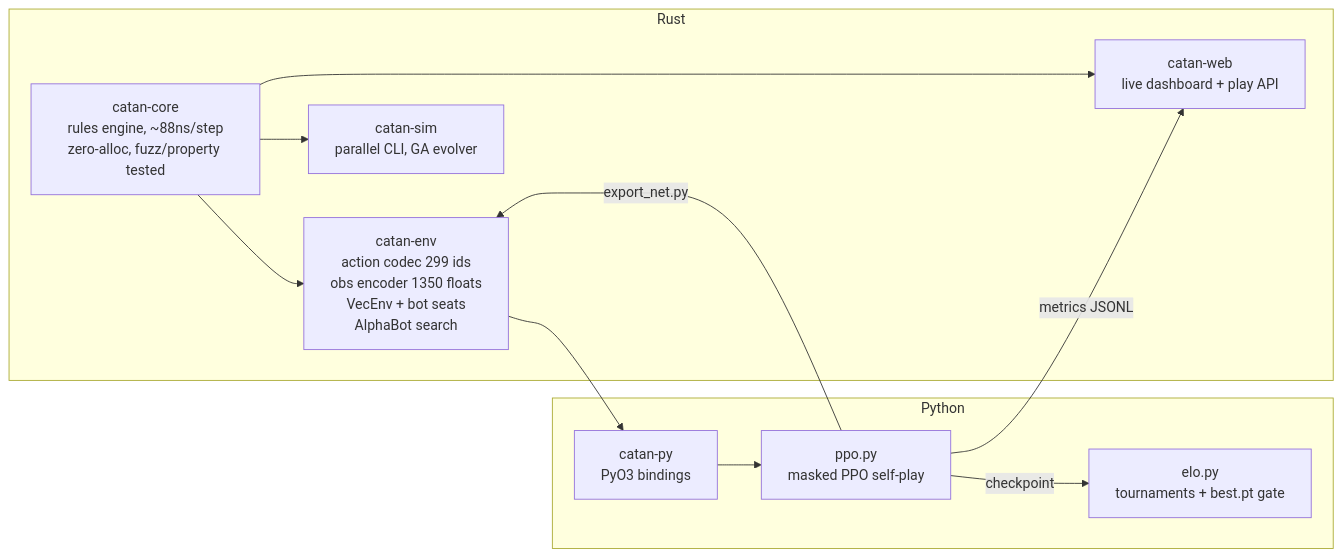
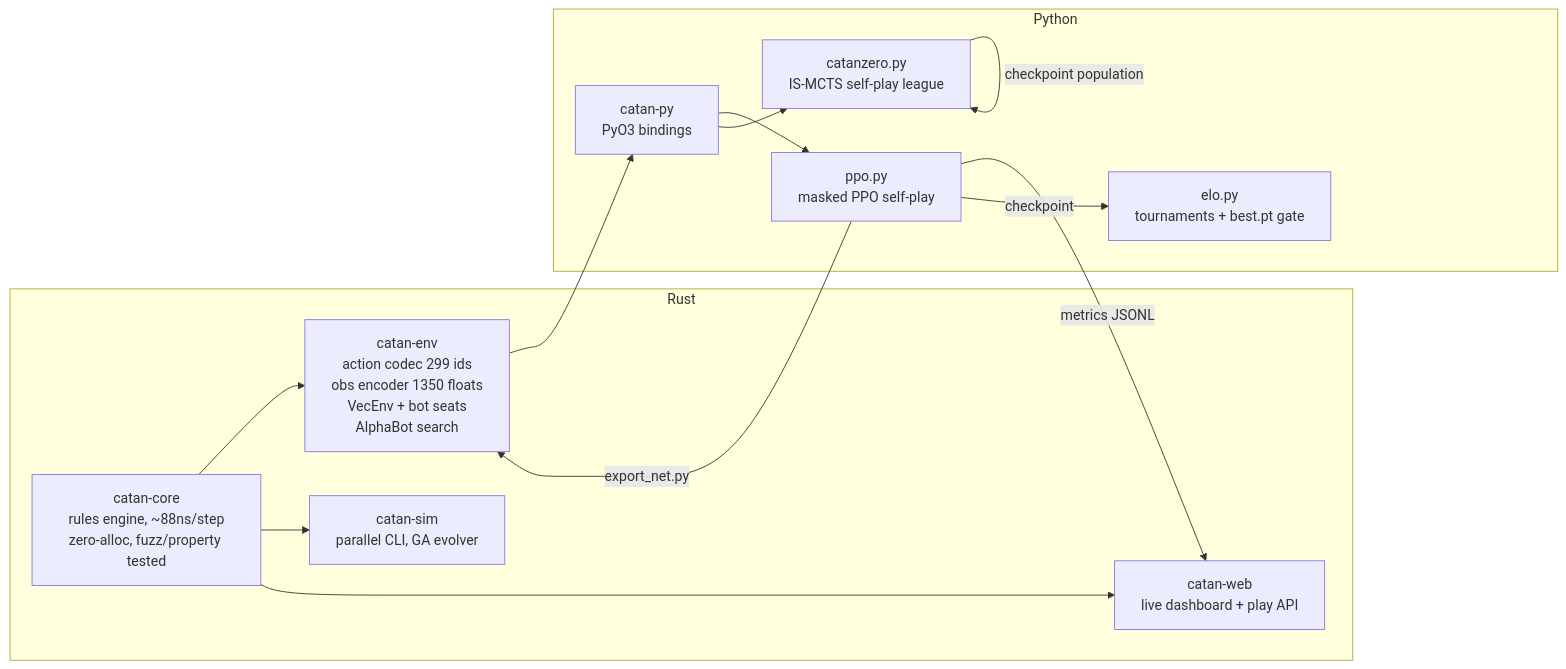
Before and after one commit to Eli6th/catan-rl: the diagram in README.md, drawn with Mermaid. The commit also changed other lines of this file and 780 other files, not shown here.

````diff
--- a/README.md
+++ b/README.md
@@ -34,20 +34,23 @@
 ```mermaid
 flowchart LR
     subgraph Rust
         CORE[catan-core<br/>rules engine, ~88ns/step<br/>zero-alloc, fuzz/property tested]
         ENV[catan-env<br/>action codec 299 ids<br/>obs encoder 1350 floats<br/>VecEnv + bot seats<br/>AlphaBot search]
         SIM[catan-sim<br/>parallel CLI, GA evolver]
         WEB[catan-web<br/>live dashboard + play API]
     end
     subgraph Python
         PY[catan-py<br/>PyO3 bindings]
         PPO[ppo.py<br/>masked PPO self-play]
+        CZ[catanzero.py<br/>IS-MCTS self-play league]
         ELO[elo.py<br/>tournaments + best.pt gate]
     end
     CORE --> ENV --> PY --> PPO
+    PY --> CZ
     CORE --> SIM
     CORE --> WEB
     PPO -->|metrics JSONL| WEB
     PPO -->|checkpoint| ELO
     PPO -->|export_net.py| ENV
+    CZ -->|checkpoint population| CZ
 ```
````
